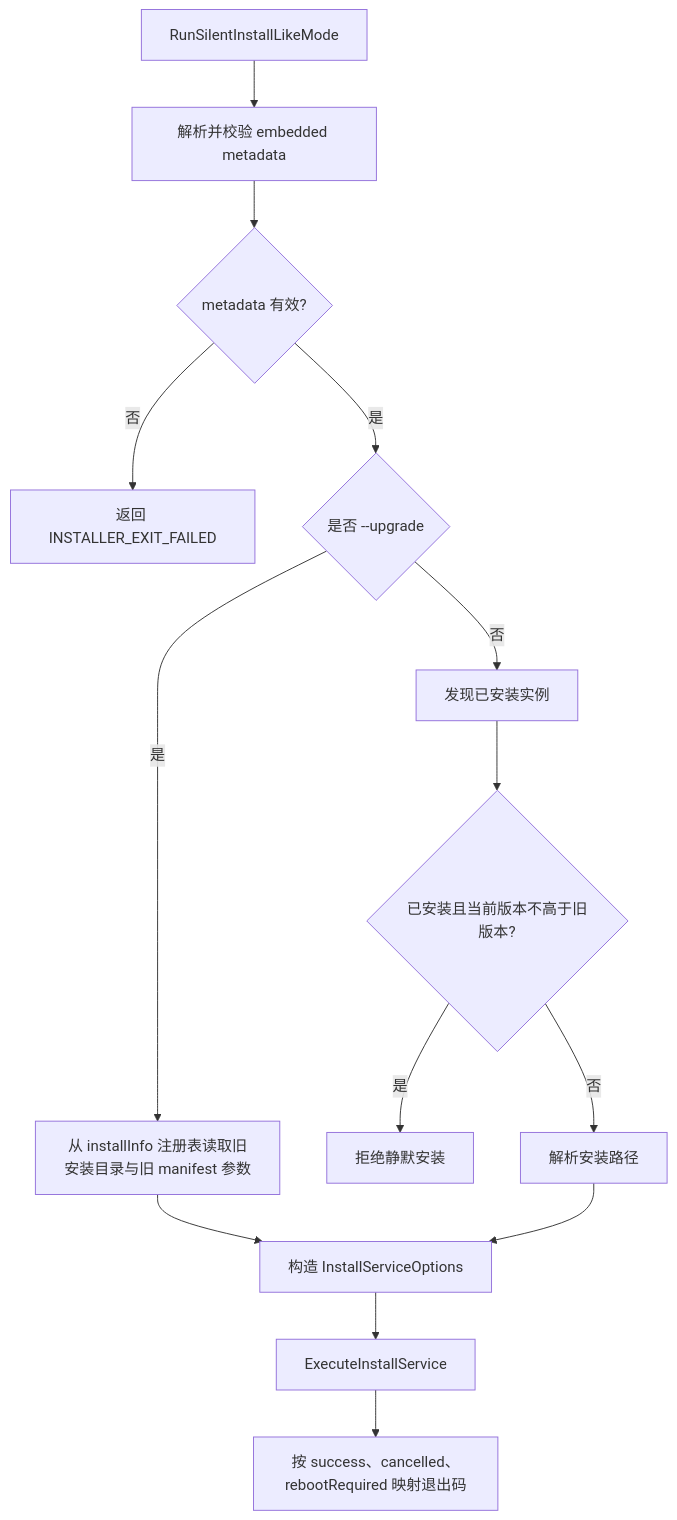
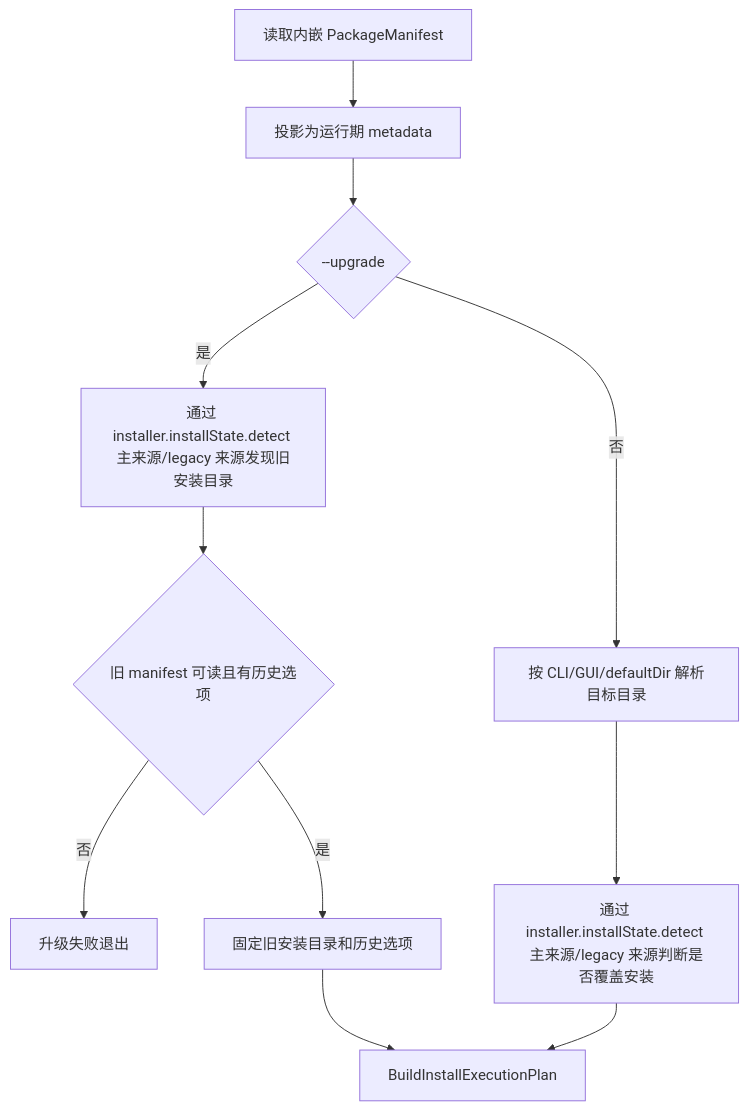
One commit to lu020218/Multi-Threaded_Installer changed the second of 7 diagrams in docs/安装器流程图.md. Above: the diagram before and after it, drawn with Mermaid. The commit also changed other lines of this file and 63 other files, not shown here.

````diff
--- a/docs/安装器流程图.md
+++ b/docs/安装器流程图.md
@@ -58,16 +21,13 @@
 ```mermaid
 flowchart TD
-    A["RunSilentInstallLikeMode"] --> B["解析并校验 embedded metadata"]
-    B --> C{"metadata 有效?"}
-    C -->|否| C1["返回 INSTALLER_EXIT_FAILED"]
-    C -->|是| D{"是否 --upgrade"}
-    D -->|是| D1["从 installInfo 注册表读取旧安装目录与旧 manifest 参数"]
-    D -->|否| E["发现已安装实例"]
-    E --> F{"已安装且当前版本不高于旧版本?"}
-    F -->|是| F1["拒绝静默安装"]
-    F -->|否| G["解析安装路径"]
-    D1 --> H["构造 InstallServiceOptions"]
-    G --> H
-    H --> I["ExecuteInstallService"]
-    I --> J["按 success、cancelled、rebootRequired 映射退出码"]
+    A["读取内嵌 PackageManifest"] --> B["投影为运行期 metadata"]
+    B --> C{"--upgrade"}
+    C -->|是| D["通过 installer.installState.detect 主来源/legacy 来源发现旧安装目录"]
+    D --> E{"旧 manifest 可读且有历史选项"}
+    E -->|否| E1["升级失败退出"]
+    E -->|是| F["固定旧安装目录和历史选项"]
+    C -->|否| G["按 CLI/GUI/defaultDir 解析目标目录"]
+    G --> H["通过 installer.installState.detect 主来源/legacy 来源判断是否覆盖安装"]
+    F --> I["BuildInstallExecutionPlan"]
+    H --> I
 ```
````
